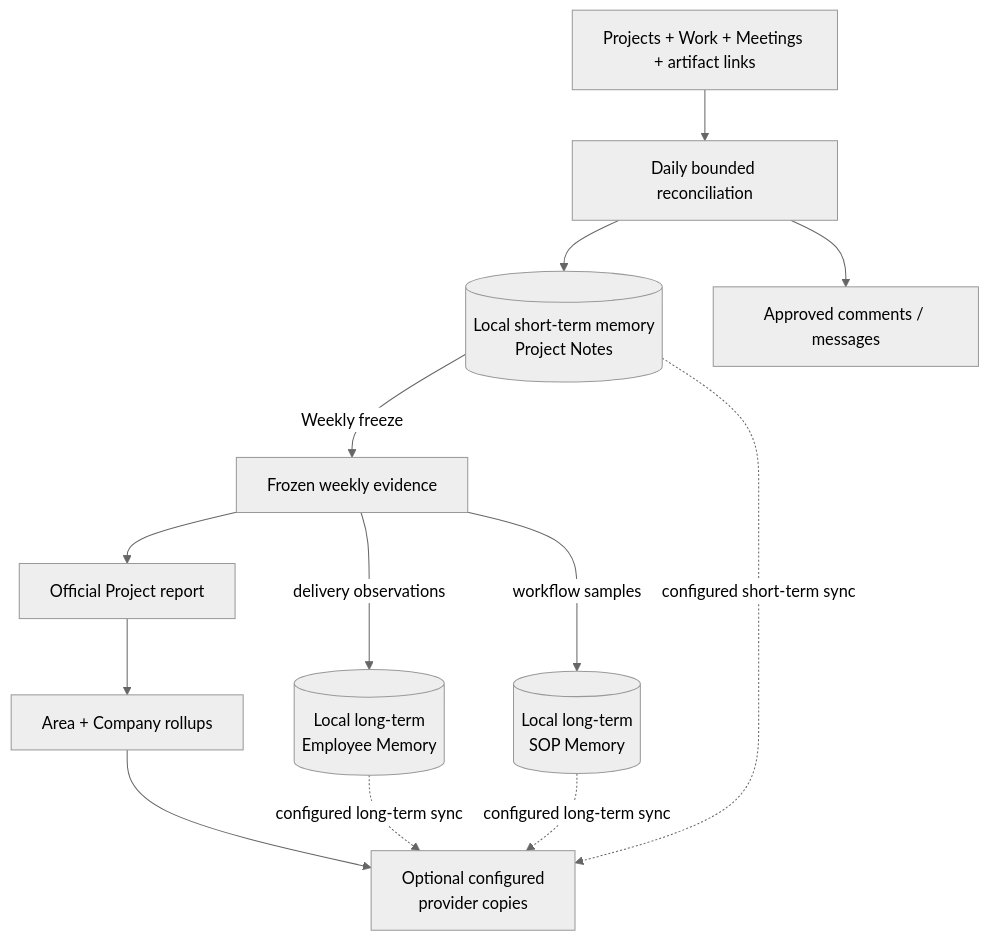
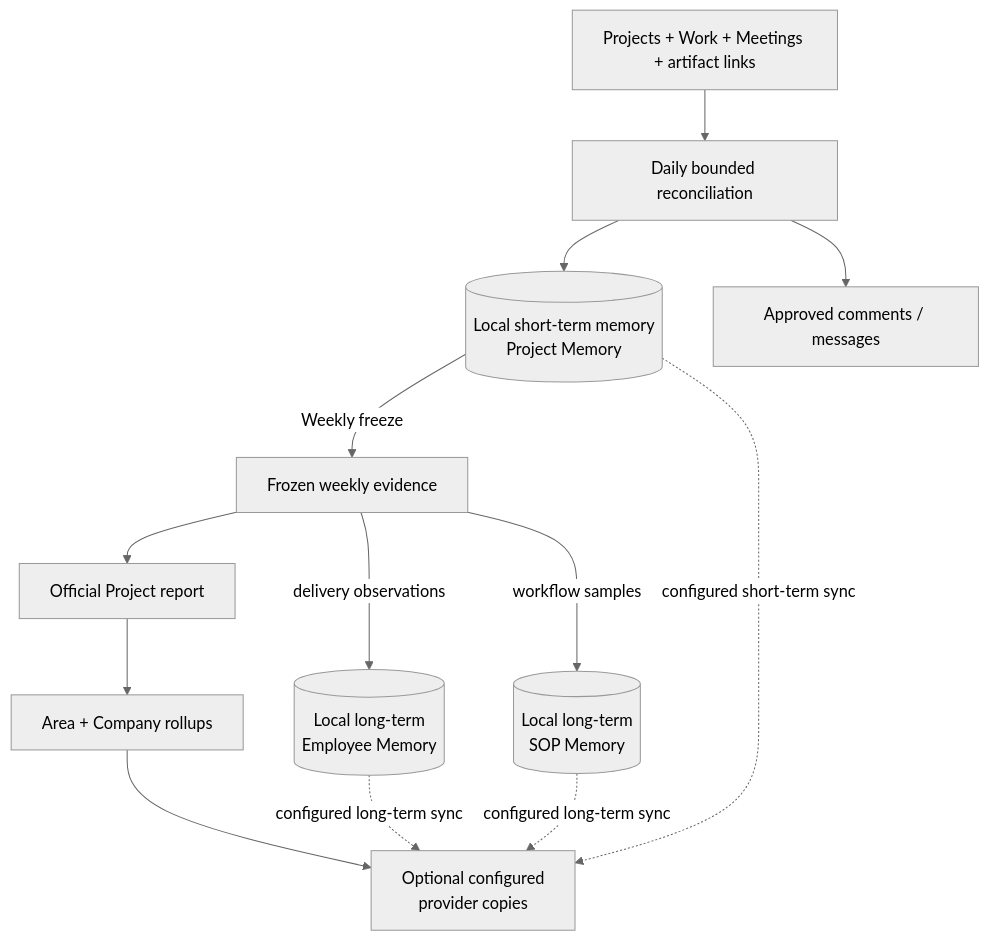
The second of 2 diagrams in docs/prd.md (ZanarkandTechnologies/KamdarAI), drawn with Mermaid (neutral theme) before and after one commit. The commit also changed other lines of this file and 17 other files, not shown here.

````diff
--- a/docs/prd.md
+++ b/docs/prd.md
@@ -92,23 +91,23 @@
 ```mermaid
 flowchart TD
   sources[Projects + Work + Meetings + artifact links]
   daily[Daily bounded reconciliation]
-  cache[(Local short-term memory<br/>Project Notes)]
+  cache[(Local short-term memory<br/>Project Memory)]
   freeze[Frozen weekly evidence]
   project[Official Project report]
   employee[(Local long-term<br/>Employee Memory)]
   sop[(Local long-term<br/>SOP Memory)]
   rollups[Area + Company rollups]
   mirror[Optional configured<br/>provider copies]
   outbound[Approved comments / messages]
 
   sources --> daily --> cache
   cache -->|Weekly freeze| freeze
   freeze --> project --> rollups --> mirror
   freeze -->|delivery observations| employee
   freeze -->|workflow samples| sop
   cache -. configured short-term sync .-> mirror
   employee -. configured long-term sync .-> mirror
   sop -. configured long-term sync .-> mirror
   daily --> outbound
 ```
````
